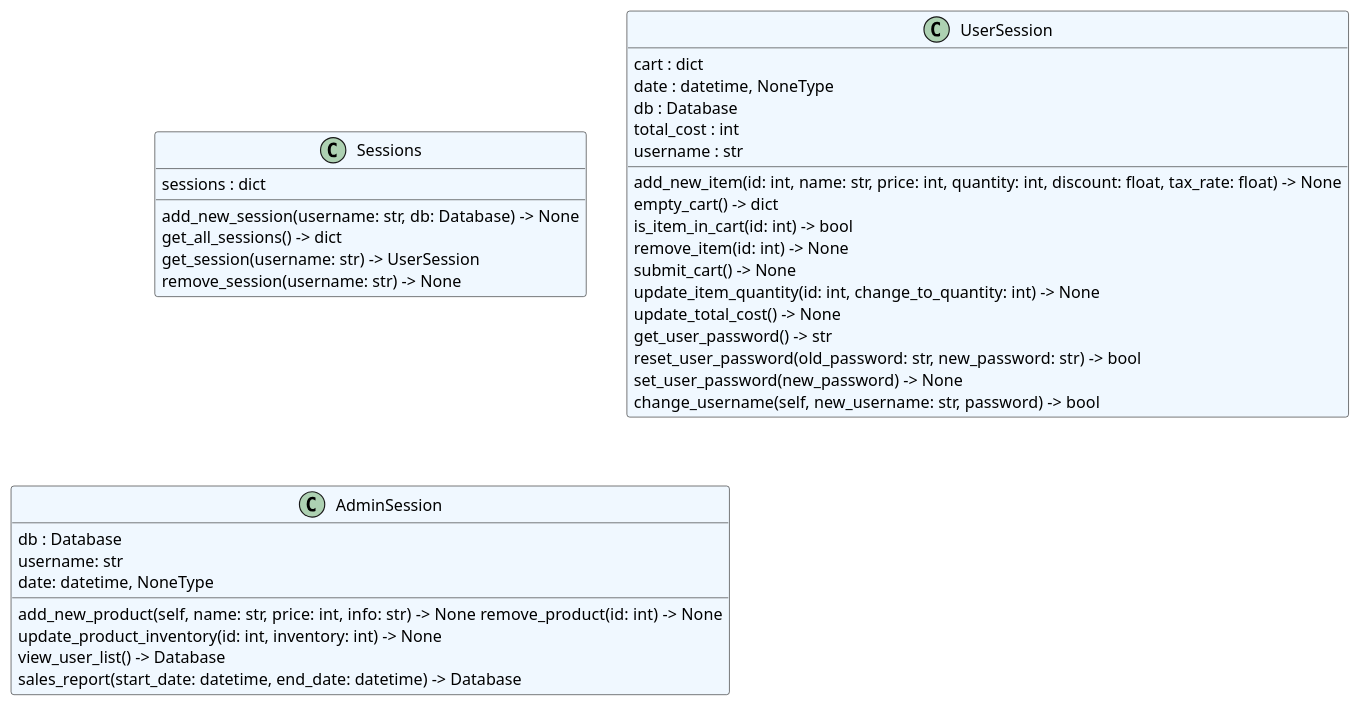
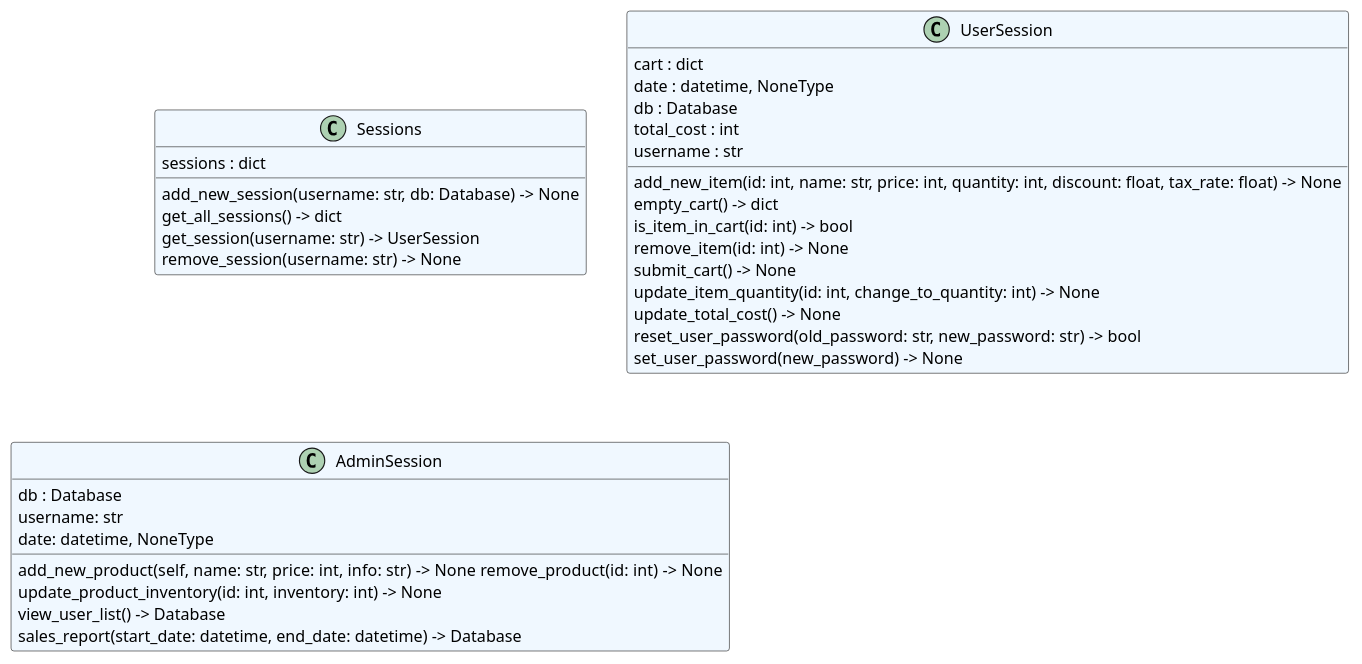
One commit to obxzeke/OnlineStore changed the diagram in docs/diagrams/system/core_classes.puml. Above: the diagram before and after it, drawn with PlantUML. The commit also changed 12 other files, not shown here.

```diff
--- a/docs/diagrams/system/core_classes.puml
+++ b/docs/diagrams/system/core_classes.puml
@@ -1,39 +1,37 @@
 @startuml classes
 set namespaceSeparator none
 class "Sessions" as core.session.Sessions #aliceblue {
   sessions : dict
   add_new_session(username: str, db: Database) -> None
   get_all_sessions() -> dict
   get_session(username: str) -> UserSession
   remove_session(username: str) -> None
 }
 class "UserSession" as core.session.UserSession #aliceblue {
   cart : dict
   date : datetime, NoneType
   db : Database
   total_cost : int
   username : str
   add_new_item(id: int, name: str, price: int, quantity: int, discount: float, tax_rate: float) -> None
   empty_cart() -> dict
   is_item_in_cart(id: int) -> bool
   remove_item(id: int) -> None
   submit_cart() -> None
   update_item_quantity(id: int, change_to_quantity: int) -> None
   update_total_cost() -> None
-  get_user_password() -> str
   reset_user_password(old_password: str, new_password: str) -> bool
   set_user_password(new_password) -> None
-  change_username(self, new_username: str, password) -> bool
 }
 
 class "AdminSession" as core.session.AdminSession #aliceblue {
   db : Database
   username: str
   date: datetime, NoneType
   add_new_product(self, name: str, price: int, info: str) -> None  remove_product(id: int) -> None
   update_product_inventory(id: int, inventory: int) -> None
   view_user_list() -> Database
   sales_report(start_date: datetime, end_date: datetime) -> Database
 }
 
 @enduml
```
